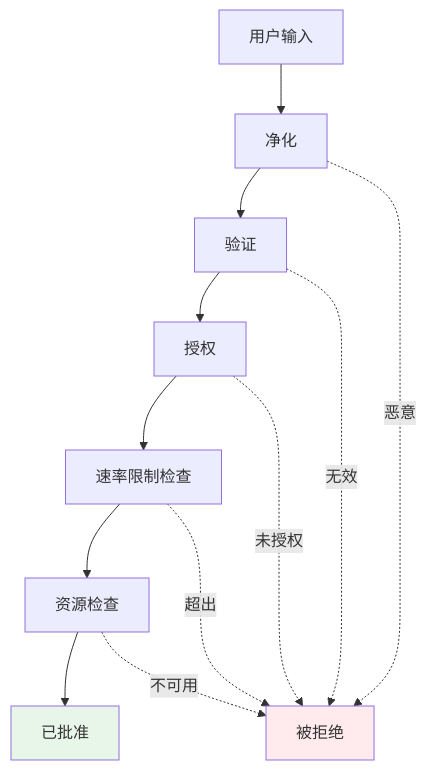
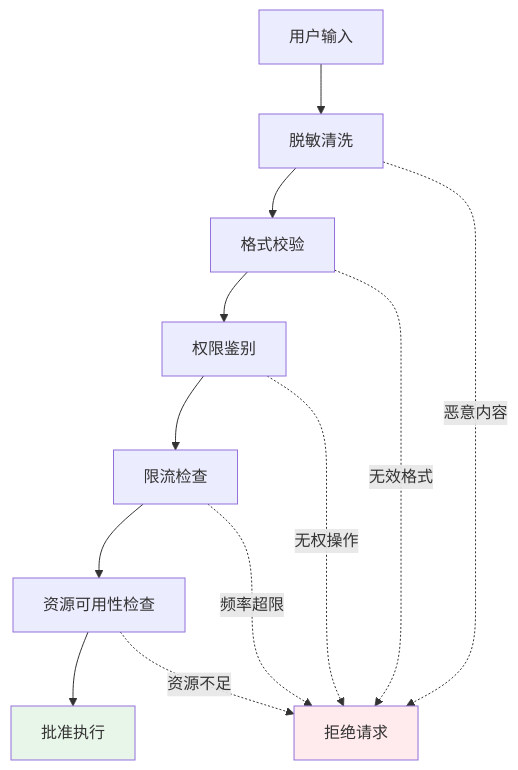
One commit to YiWang24/AiDIY changed the diagram in i18n/zh-Hans/docusaurus-plugin-content-docs/current/ai/harness-engineering/safety-guards.mdx. Above: the diagram before and after it, drawn with Mermaid. The commit also changed other lines of this file and 59 other files, not shown here.

````diff
--- a/i18n/zh-Hans/docusaurus-plugin-content-docs/current/ai/harness-engineering/safety-guards.mdx
+++ b/i18n/zh-Hans/docusaurus-plugin-content-docs/current/ai/harness-engineering/safety-guards.mdx
@@ -20,18 +20,18 @@
 ```mermaid
 flowchart TB
-    Input[用户输入] --> Sanitize[净化]
-    Sanitize --> Validate[验证]
-    Validate --> Authorize[授权]
-    Authorize --> RateLimit[速率限制检查]
-    RateLimit --> ResourceCheck[资源检查]
-    ResourceCheck --> Approved[已批准]
+    Input[用户输入] --> Sanitize[脱敏清洗]
+    Sanitize --> Validate[格式校验]
+    Validate --> Authorize[权限鉴别]
+    Authorize --> RateLimit[限流检查]
+    RateLimit --> ResourceCheck[资源可用性检查]
+    ResourceCheck --> Approved[批准执行]
 
-    Sanitize -.->|恶意| Rejected[被拒绝]
-    Validate -.->|无效| Rejected
-    Authorize -.->|未授权| Rejected
-    RateLimit -.->|超出| Rejected
-    ResourceCheck -.->|不可用| Rejected
+    Sanitize -.->|恶意内容| Rejected[拒绝请求]
+    Validate -.->|无效格式| Rejected
+    Authorize -.->|无权操作| Rejected
+    RateLimit -.->|频率超限| Rejected
+    ResourceCheck -.->|资源不足| Rejected
 
     style Approved fill:#e8f5e9
     style Rejected fill:#ffebee
 ```
````
